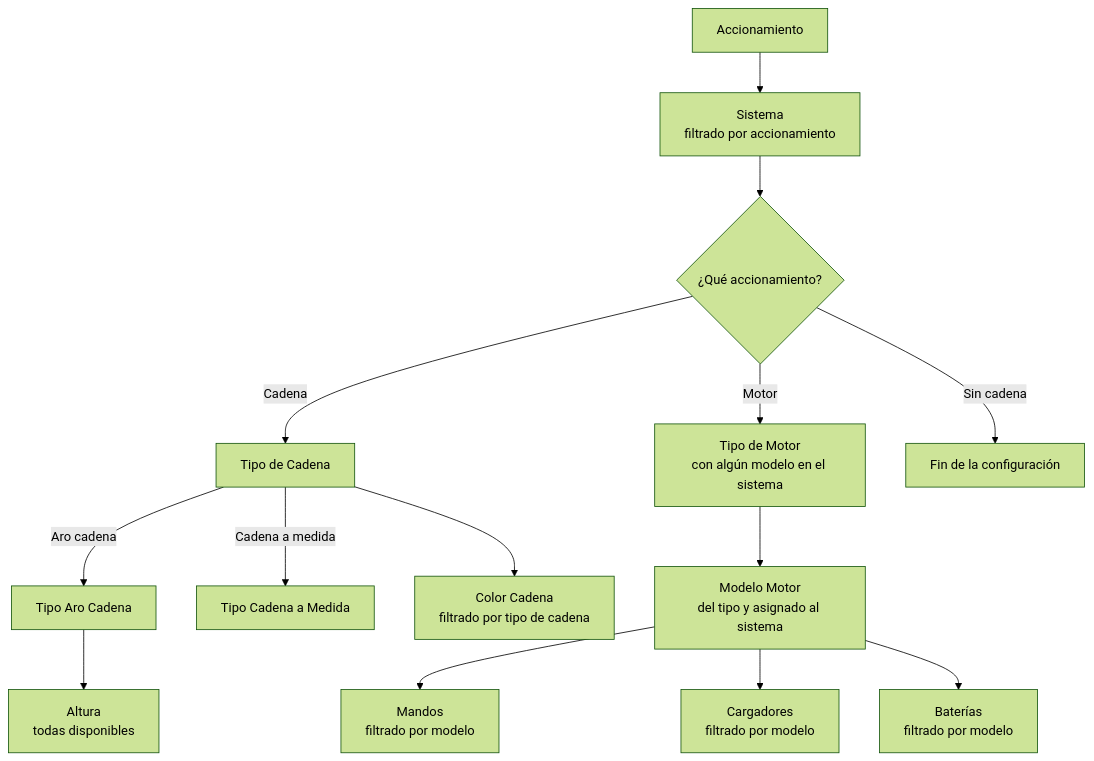
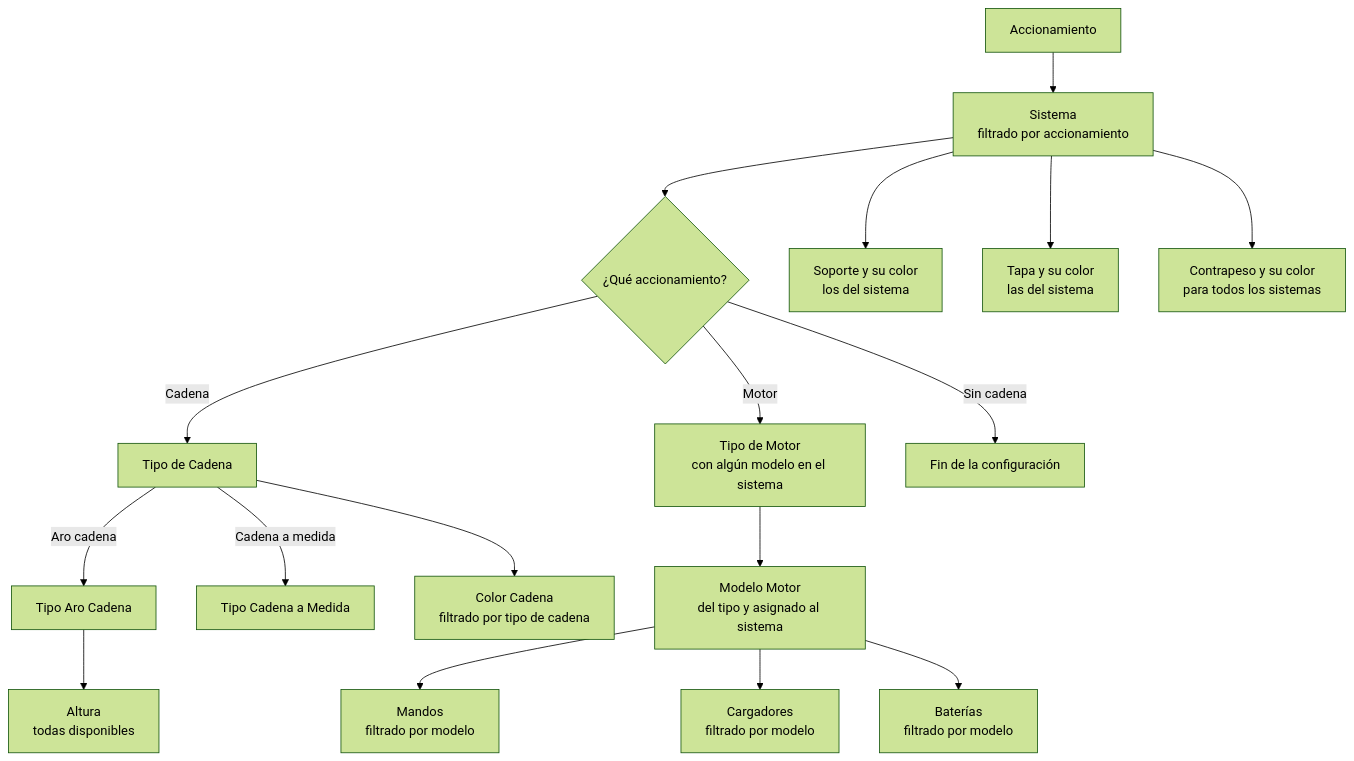
The first of 4 diagrams in modelo_datos_accionamientos.md (vicentferri/manza), drawn with Mermaid (forest theme) before and after one commit. The commit also changed other lines of this file and 5 other files, not shown here.

````diff
--- a/modelo_datos_accionamientos.md
+++ b/modelo_datos_accionamientos.md
@@ -19,18 +21,22 @@
 ```mermaid
 flowchart TD
     A[Accionamiento] --> S[Sistema<br/>filtrado por accionamiento]
     S --> C{¿Qué accionamiento?}
     C -->|Cadena| TC[Tipo de Cadena]
     C -->|Motor| TM[Tipo de Motor<br/>con algún modelo en el sistema]
     C -->|Sin cadena| FIN[Fin de la configuración]
 
     TC -->|Aro cadena| TAC[Tipo Aro Cadena]
     TC -->|Cadena a medida| TCM[Tipo Cadena a Medida]
     TAC --> ALT[Altura<br/>todas disponibles]
     TC --> COL[Color Cadena<br/>filtrado por tipo de cadena]
 
     TM --> MM[Modelo Motor<br/>del tipo y asignado al sistema]
     MM --> MAN[Mandos<br/>filtrado por modelo]
     MM --> CAR[Cargadores<br/>filtrado por modelo]
     MM --> BAT[Baterías<br/>filtrado por modelo]
+
+    S --> SOP[Soporte y su color<br/>los del sistema]
+    S --> TAP[Tapa y su color<br/>las del sistema]
+    S --> CON[Contrapeso y su color<br/>para todos los sistemas]
 ```
````
